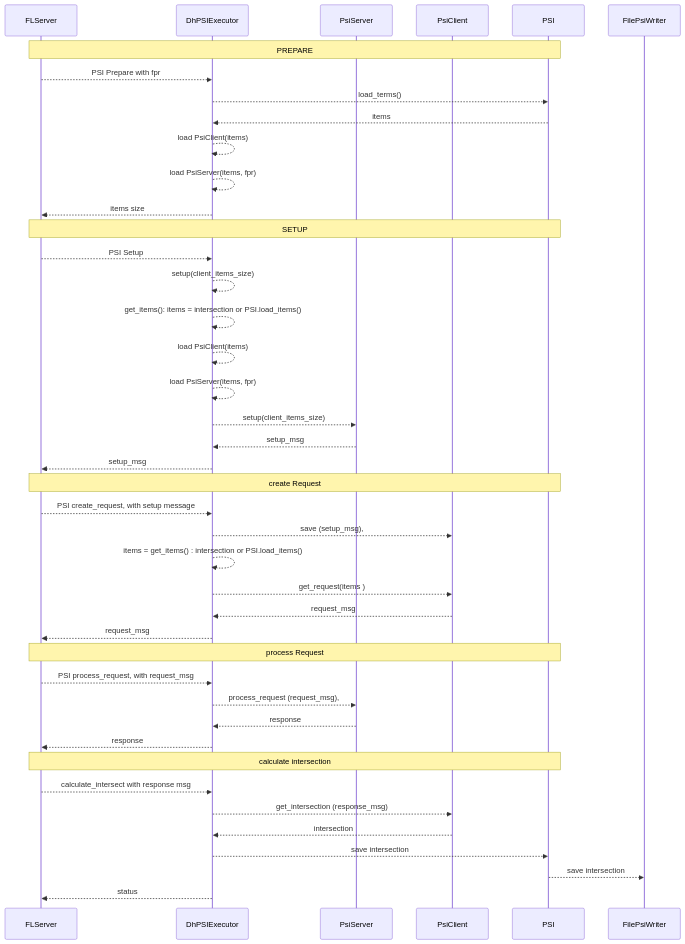
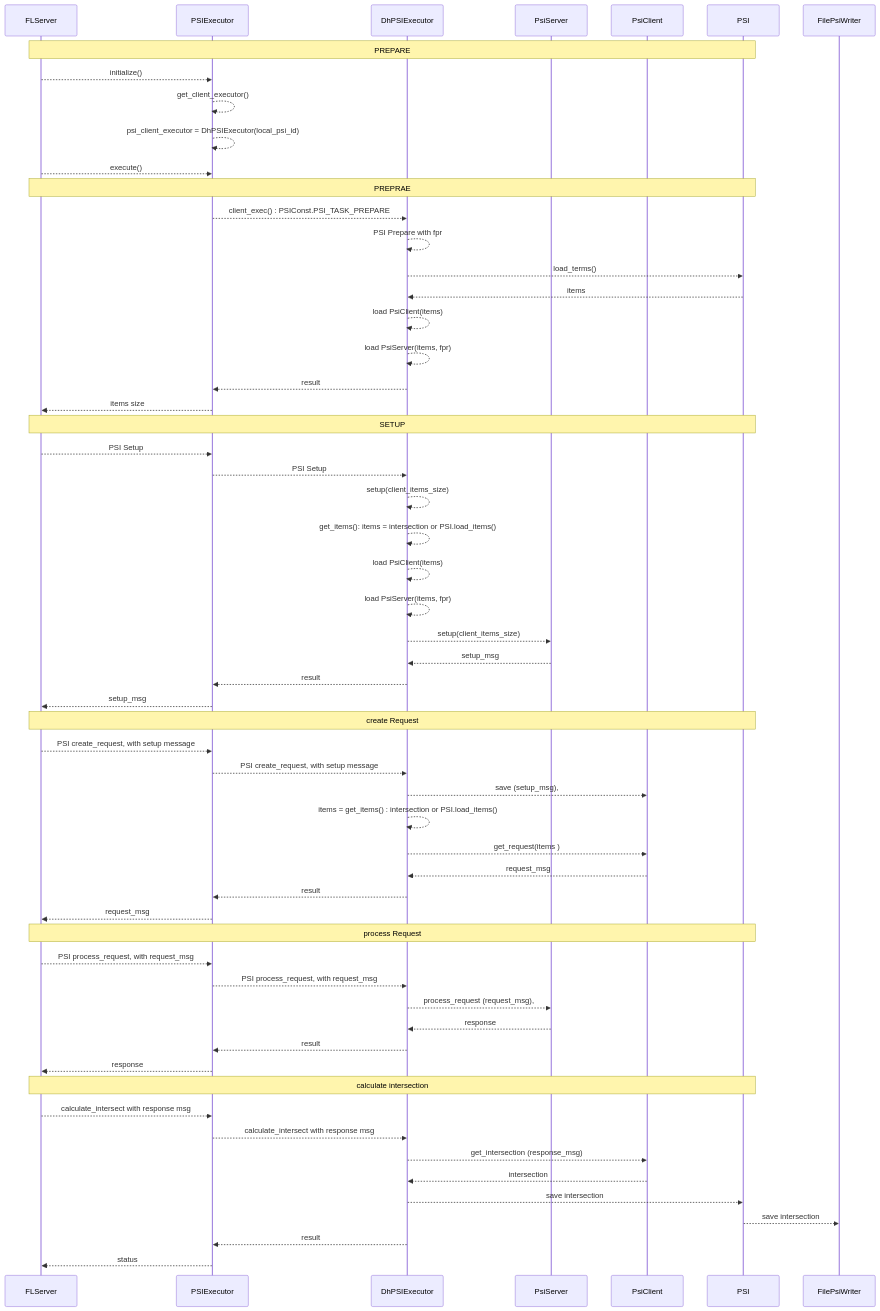
One commit to NVIDIA/NVFlare changed the second of 2 diagrams in nvflare/app_common/psi/README.md. Above: the diagram before and after it, drawn with Mermaid.

Commit message:
update sequence diagram

````diff
--- a/nvflare/app_common/psi/README.md
+++ b/nvflare/app_common/psi/README.md
@@ -70,52 +70,69 @@
 ```mermaid
  
 sequenceDiagram
 
     participant FLServer
+    participant PSIExecutor
     participant DhPSIExecutor
     participant PsiServer
     participant PsiClient
     participant PSI
     participant FilePsiWriter
     
     Note over FLServer, PSI : PREPARE 
-    FLServer -->> DhPSIExecutor : PSI Prepare with fpr
+    FLServer -->>PSIExecutor: initialize()
+    PSIExecutor -->> PSIExecutor: get_client_executor()
+    PSIExecutor -->> PSIExecutor: psi_client_executor = DhPSIExecutor(local_psi_id)
+    FLServer -->> PSIExecutor: execute()
+        
+    Note over FLServer, PSI : PREPRAE
+    PSIExecutor -->> DhPSIExecutor: client_exec() : PSIConst.PSI_TASK_PREPARE
+    DhPSIExecutor -->> DhPSIExecutor : PSI Prepare with fpr
     DhPSIExecutor -->> PSI : load_terms()
     PSI -->> DhPSIExecutor: items
     DhPSIExecutor -->> DhPSIExecutor: load PsiClient(items)
     DhPSIExecutor -->> DhPSIExecutor: load PsiServer(items, fpr)
-    DhPSIExecutor -->> FLServer : items size
+    DhPSIExecutor -->> PSIExecutor: result
+    PSIExecutor -->> FLServer : items size
     
     Note over FLServer, PSI : SETUP
-    FLServer -->> DhPSIExecutor : PSI Setup
+    FLServer -->> PSIExecutor : PSI Setup
+    PSIExecutor -->> DhPSIExecutor:   PSI Setup
     DhPSIExecutor -->> DhPSIExecutor: setup(client_items_size)
     DhPSIExecutor -->> DhPSIExecutor : get_items(): items = intersection or PSI.load_items() 
     DhPSIExecutor -->> DhPSIExecutor: load PsiClient(items)
     DhPSIExecutor -->> DhPSIExecutor: load PsiServer(items, fpr)
     DhPSIExecutor -->> PsiServer: setup(client_items_size)
     PsiServer -->> DhPSIExecutor: setup_msg
-    DhPSIExecutor -->> FLServer: setup_msg
+    DhPSIExecutor -->> PSIExecutor: result
+    PSIExecutor -->> FLServer: setup_msg
     
     Note over FLServer, PSI : create Request
-    FLServer -->> DhPSIExecutor : PSI create_request, with setup message
+    FLServer -->> PSIExecutor :  PSI create_request, with setup message
+    PSIExecutor -->> DhPSIExecutor:  PSI create_request, with setup message
     DhPSIExecutor -->> PsiClient: save (setup_msg), 
     DhPSIExecutor -->> DhPSIExecutor : items = get_items() : intersection or PSI.load_items()
     DhPSIExecutor -->> PsiClient : get_request(items )
     PsiClient -->> DhPSIExecutor : request_msg
-    DhPSIExecutor -->> FLServer:request_msg
+    DhPSIExecutor -->> PSIExecutor: result
+    PSIExecutor -->> FLServer:request_msg
  
     Note over FLServer, PSI : process Request
-    FLServer -->> DhPSIExecutor : PSI process_request, with request_msg
+    FLServer -->> PSIExecutor : PSI process_request, with request_msg
+    PSIExecutor -->> DhPSIExecutor : PSI process_request, with request_msg
     DhPSIExecutor -->> PsiServer: process_request (request_msg), 
     PsiServer -->> DhPSIExecutor : response
-    DhPSIExecutor -->> FLServer : response
+    DhPSIExecutor -->> PSIExecutor: result
+    PSIExecutor -->> FLServer : response
  
     Note over FLServer, PSI : calculate intersection
-    FLServer -->> DhPSIExecutor : calculate_intersect with response msg
+    FLServer -->> PSIExecutor : calculate_intersect with response msg
+    PSIExecutor -->> DhPSIExecutor : calculate_intersect with response msg
     DhPSIExecutor -->> PsiClient: get_intersection (response_msg) 
     PsiClient -->> DhPSIExecutor : intersection
     DhPSIExecutor -->> PSI : save intersection
     PSI -->> FilePsiWriter : save intersection
-    DhPSIExecutor -->> FLServer : status
+    DhPSIExecutor -->> PSIExecutor: result
+    PSIExecutor -->> FLServer : status
     
 ```
````
